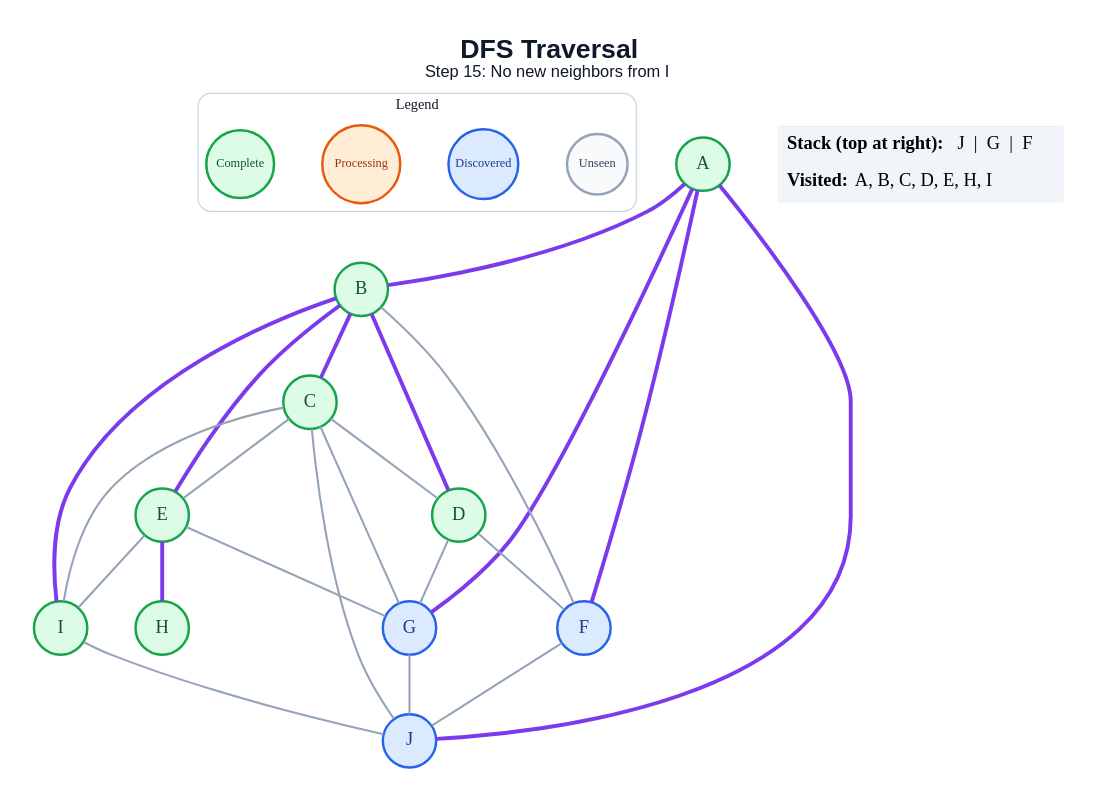
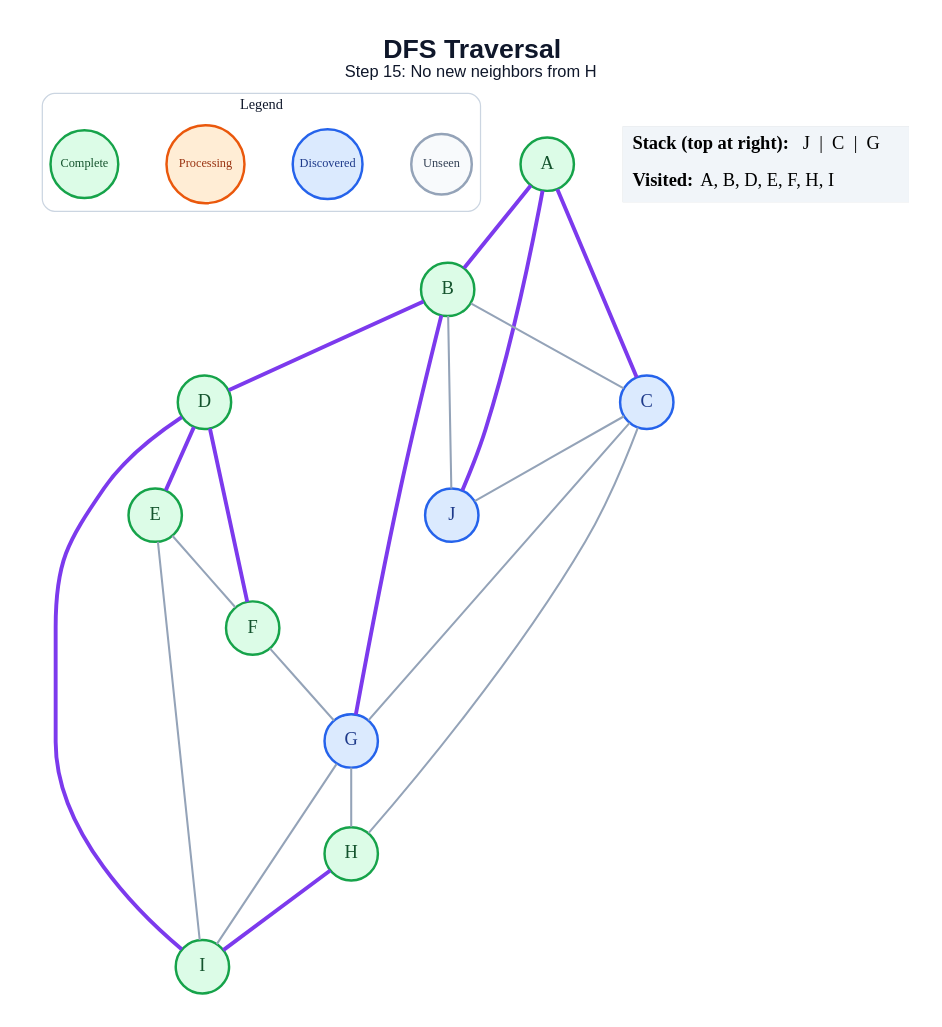
The diagram in generated/dfs/step_15.dot (amanghodawala9/ai-slop), drawn with Graphviz before and after one commit. The commit also changed 178 other files, not shown here.

```diff
--- a/generated/dfs/step_15.dot
+++ b/generated/dfs/step_15.dot
@@ -1,51 +1,48 @@
 graph traversal {
   graph [layout=dot, rankdir=TB, bgcolor="#FFFFFF", pad="0.35", nodesep="0.65", ranksep="0.8", fontname="Arial"];
   node [shape=circle, style="filled", fontname="Arial Bold", fontsize=18, width=0.72, fixedsize=true, penwidth=2.4];
   edge [color="#94A3B8", penwidth=2.0];
-  label=<<B>DFS Traversal</B><BR/><FONT POINT-SIZE="16">Step 15: No new neighbors from I</FONT>>; labelloc="t"; fontsize=26; fontname="Arial"; fontcolor="#0F172A";
+  label=<<B>DFS Traversal</B><BR/><FONT POINT-SIZE="16">Step 15: No new neighbors from H</FONT>>; labelloc="t"; fontsize=26; fontname="Arial"; fontcolor="#0F172A";
   subgraph cluster_legend { label="Legend"; color="#CBD5E1"; penwidth=1.2; style="rounded"; fontsize=14; fontname="Arial Bold";
     key_unseen [label="Unseen", fillcolor="#F8FAFC", color="#94A3B8", fontcolor="#334155", fontsize=12, width=0.82];
     key_frontier [label="Discovered", fillcolor="#DBEAFE", color="#2563EB", fontcolor="#1E3A8A", fontsize=12, width=0.95];
     key_current [label="Processing", fillcolor="#FFEDD5", color="#EA580C", fontcolor="#9A3412", fontsize=12, width=1.05];
     key_done [label="Complete", fillcolor="#DCFCE7", color="#16A34A", fontcolor="#14532D", fontsize=12, width=0.92];
     { rank=same; key_unseen; key_frontier; key_current; key_done; }
   }
   A [fillcolor="#DCFCE7", color="#16A34A", fontcolor="#14532D"];
   B [fillcolor="#DCFCE7", color="#16A34A", fontcolor="#14532D"];
-  C [fillcolor="#DCFCE7", color="#16A34A", fontcolor="#14532D"];
+  C [fillcolor="#DBEAFE", color="#2563EB", fontcolor="#1E3A8A"];
   D [fillcolor="#DCFCE7", color="#16A34A", fontcolor="#14532D"];
   E [fillcolor="#DCFCE7", color="#16A34A", fontcolor="#14532D"];
-  F [fillcolor="#DBEAFE", color="#2563EB", fontcolor="#1E3A8A"];
+  F [fillcolor="#DCFCE7", color="#16A34A", fontcolor="#14532D"];
   G [fillcolor="#DBEAFE", color="#2563EB", fontcolor="#1E3A8A"];
   H [fillcolor="#DCFCE7", color="#16A34A", fontcolor="#14532D"];
   I [fillcolor="#DCFCE7", color="#16A34A", fontcolor="#14532D"];
   J [fillcolor="#DBEAFE", color="#2563EB", fontcolor="#1E3A8A"];
   A -- B [color="#7C3AED", penwidth=3.8];
-  A -- F [color="#7C3AED", penwidth=3.8];
-  A -- G [color="#7C3AED", penwidth=3.8];
+  A -- C [color="#7C3AED", penwidth=3.8];
   A -- J [color="#7C3AED", penwidth=3.8];
-  B -- C [color="#7C3AED", penwidth=3.8];
+  B -- C;
   B -- D [color="#7C3AED", penwidth=3.8];
-  B -- E [color="#7C3AED", penwidth=3.8];
-  B -- F;
-  B -- I [color="#7C3AED", penwidth=3.8];
-  C -- D;
-  C -- E;
+  B -- G [color="#7C3AED", penwidth=3.8];
+  B -- J;
   C -- G;
-  C -- I;
+  C -- H;
   C -- J;
-  D -- F;
-  D -- G;
-  E -- G;
-  E -- H [color="#7C3AED", penwidth=3.8];
+  D -- E [color="#7C3AED", penwidth=3.8];
+  D -- F [color="#7C3AED", penwidth=3.8];
+  D -- I [color="#7C3AED", penwidth=3.8];
+  E -- F;
   E -- I;
-  F -- J;
-  G -- J;
-  I -- J;
+  F -- G;
+  G -- H;
+  G -- I;
+  H -- I [color="#7C3AED", penwidth=3.8];
   status [shape=plain, fixedsize=false, width=0, height=0, margin=0, label=<
     <TABLE BORDER="0" CELLBORDER="0" CELLPADDING="7" BGCOLOR="#F1F5F9">
-      <TR><TD ALIGN="LEFT"><B>Stack (top at right):</B> J  |  G  |  F</TD></TR>
-      <TR><TD ALIGN="LEFT"><B>Visited:</B> A, B, C, D, E, H, I</TD></TR>
+      <TR><TD ALIGN="LEFT"><B>Stack (top at right):</B> J  |  C  |  G</TD></TR>
+      <TR><TD ALIGN="LEFT"><B>Visited:</B> A, B, D, E, F, H, I</TD></TR>
     </TABLE>
   >];
 }
```
